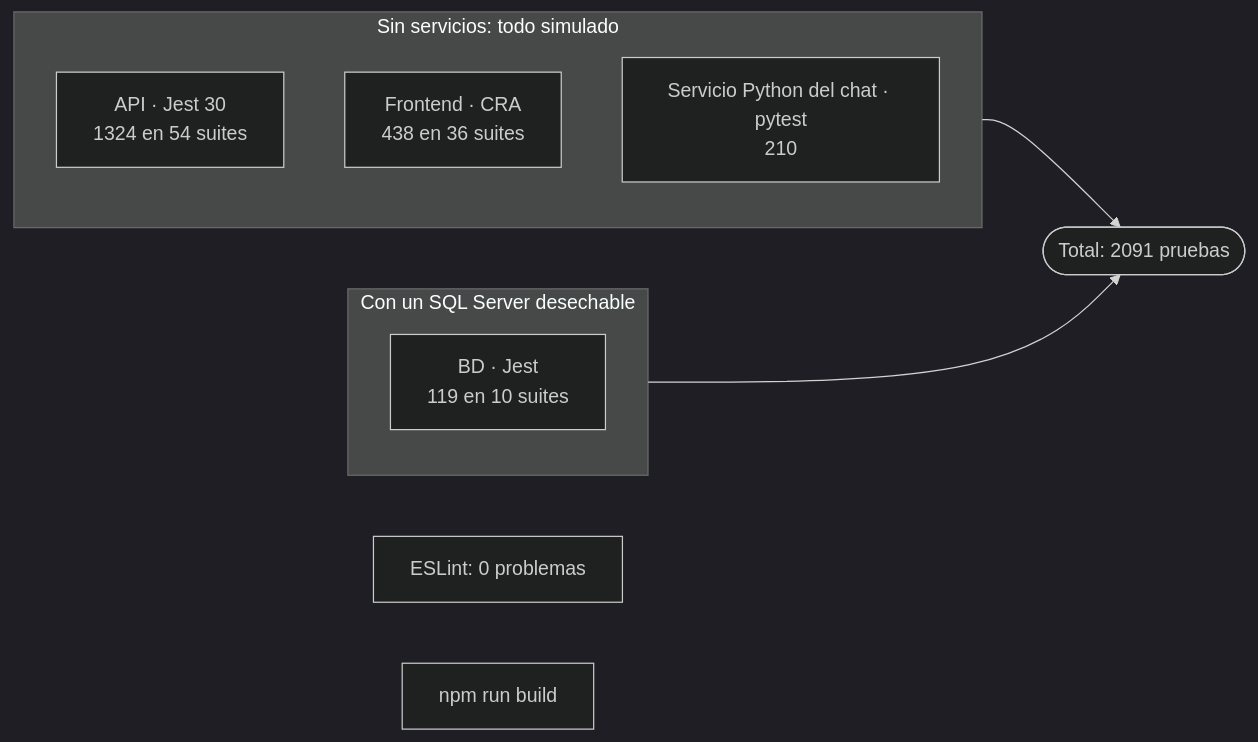
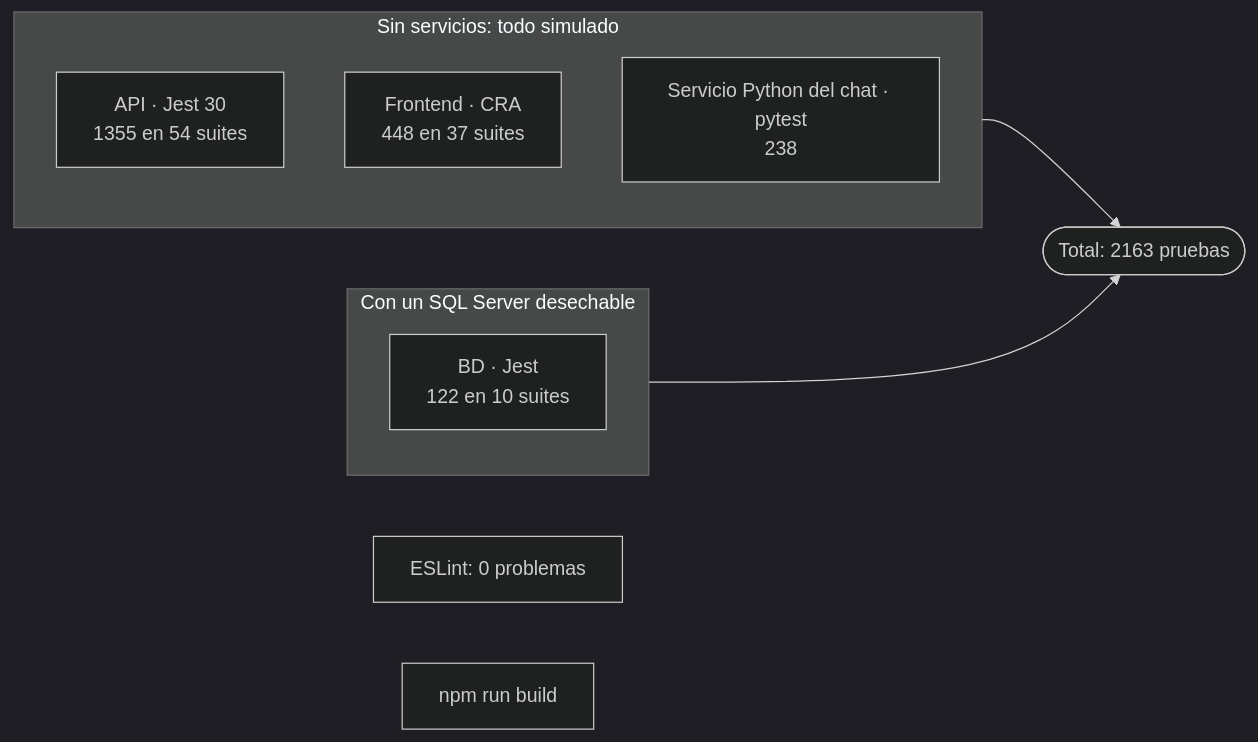
Before and after one commit to PabloP150/proyecto-is-cc6: the diagram in documentacion/07-guias/pruebas.md, drawn with Mermaid (dark theme). The commit also changed other lines of this file and 40 other files, not shown here.

````diff
--- a/documentacion/07-guias/pruebas.md
+++ b/documentacion/07-guias/pruebas.md
@@ -5,15 +5,15 @@
 ```mermaid
 flowchart LR
     subgraph SIN["Sin servicios: todo simulado"]
-        API["API · Jest 30<br/>1324 en 54 suites"]
-        FE["Frontend · CRA<br/>438 en 36 suites"]
-        PY["Servicio Python del chat · pytest<br/>210"]
+        API["API · Jest 30<br/>1355 en 54 suites"]
+        FE["Frontend · CRA<br/>448 en 37 suites"]
+        PY["Servicio Python del chat · pytest<br/>238"]
     end
     subgraph CON["Con un SQL Server desechable"]
-        DB["BD · Jest<br/>119 en 10 suites"]
+        DB["BD · Jest<br/>122 en 10 suites"]
     end
-    SIN --> T(["Total: 2091 pruebas"])
+    SIN --> T(["Total: 2163 pruebas"])
     CON --> T
     LINT["ESLint: 0 problemas"]
     BUILD["npm run build"]
 ```
````
